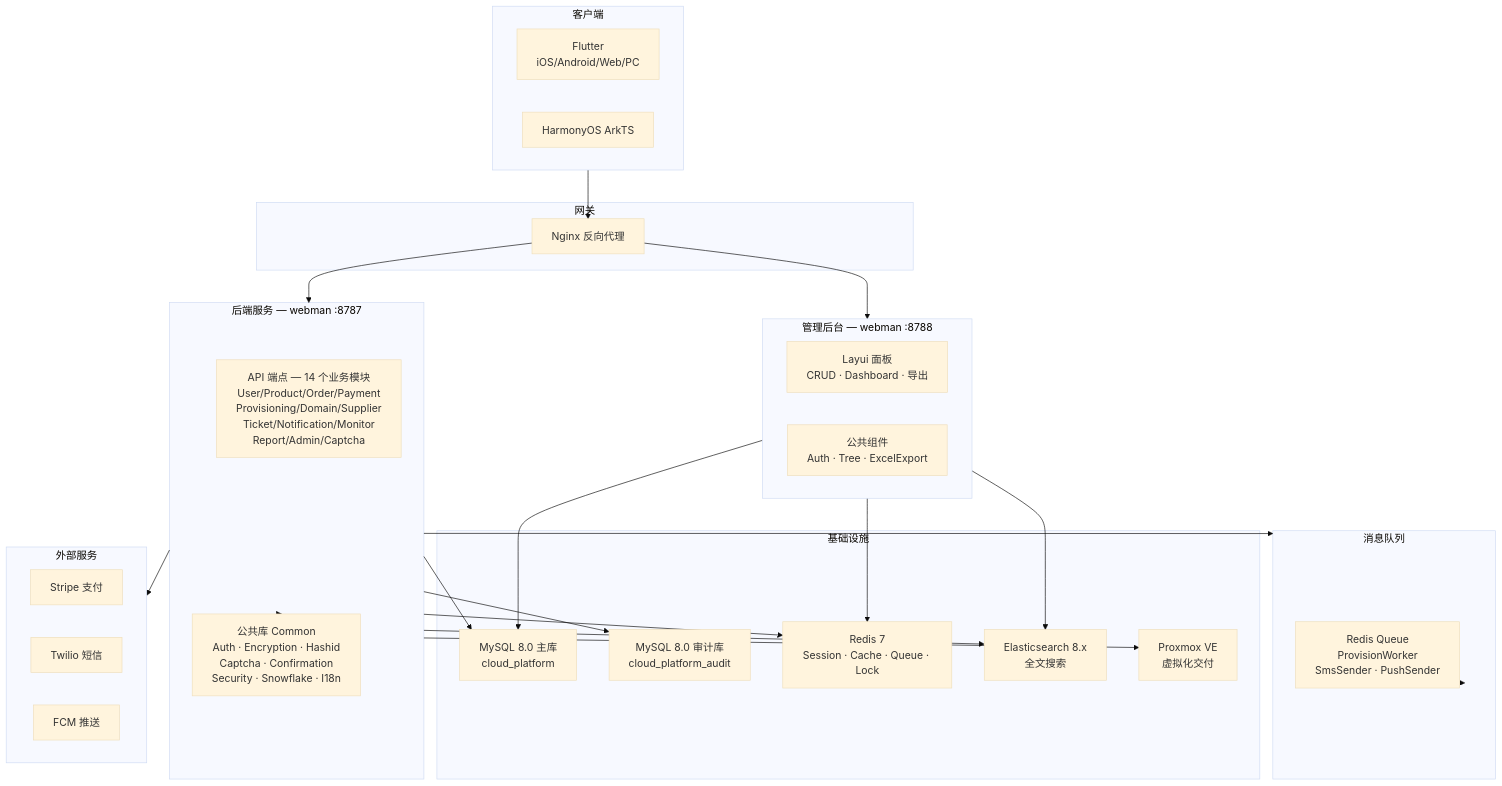
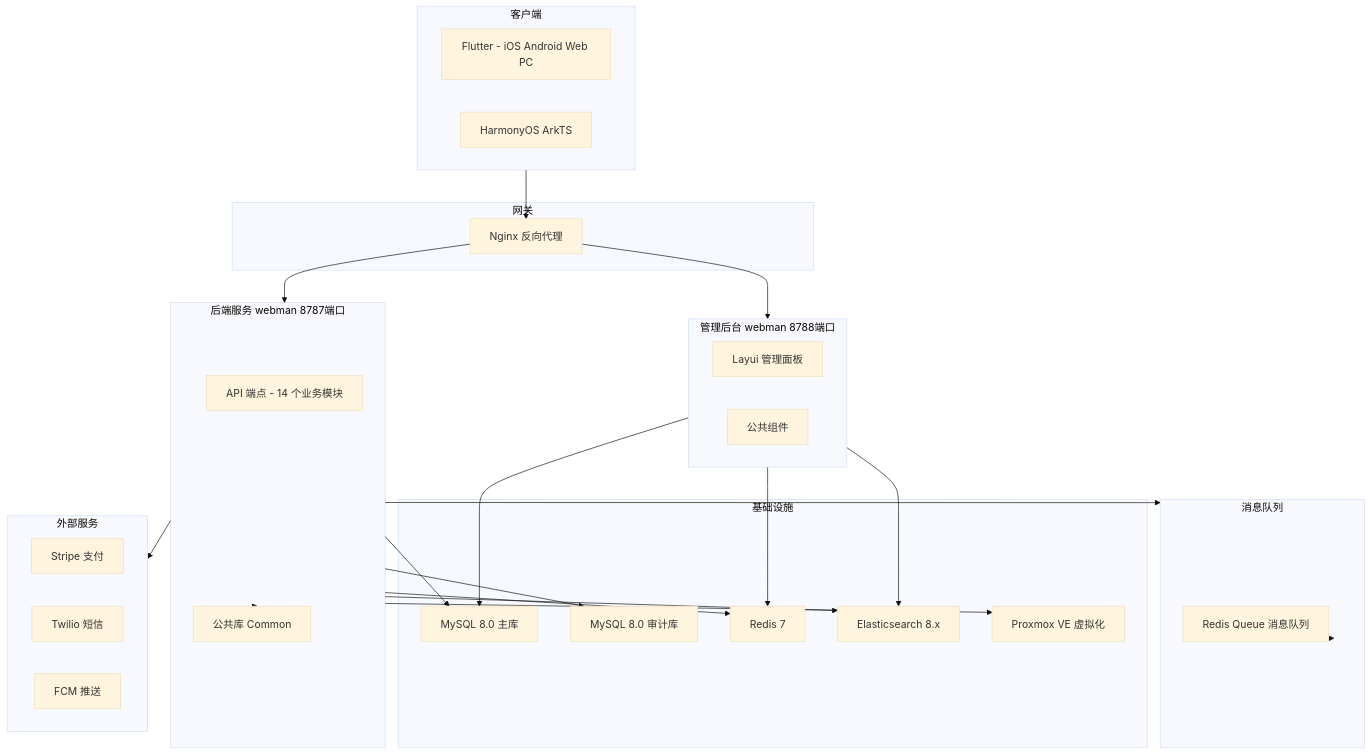
Before and after one commit to erikwang2013/cloud: the first of 2 diagrams in README.md, drawn with Mermaid (base theme). The commit also changed other lines of this file and 2 other files, not shown here.

Commit message:
更新说明

````diff
--- a/README.md
+++ b/README.md
@@ -35,55 +35,55 @@
 ```mermaid
-graph TB
+flowchart TB
     subgraph Clients["客户端"]
-        Flutter["Flutter<br/>iOS/Android/Web/PC"]
+        Flutter["Flutter - iOS Android Web PC"]
         HarmonyOS["HarmonyOS ArkTS"]
     end
 
     subgraph Gateway["网关"]
         Nginx["Nginx 反向代理"]
     end
 
-    subgraph Backend["后端服务 — webman :8787"]
-        API["API 端点 — 14 个业务模块<br/>User/Product/Order/Payment<br/>Provisioning/Domain/Supplier<br/>Ticket/Notification/Monitor<br/>Report/Admin/Captcha"]
-        Common["公共库 Common<br/>Auth · Encryption · Hashid<br/>Captcha · Confirmation<br/>Security · Snowflake · I18n"]
+    subgraph Backend["后端服务 webman 8787端口"]
+        API["API 端点 - 14 个业务模块"]
+        Common["公共库 Common"]
     end
 
-    subgraph AdminPanel["管理后台 — webman :8788"]
-        AdminUI["Layui 面板<br/>CRUD · Dashboard · 导出"]
-        AdminLib["公共组件<br/>Auth · Tree · ExcelExport"]
+    subgraph AdminPanel["管理后台 webman 8788端口"]
+        AdminUI["Layui 管理面板"]
+        AdminLib["公共组件"]
     end
 
     subgraph Queue["消息队列"]
-        RedisQ["Redis Queue<br/>ProvisionWorker<br/>SmsSender · PushSender"]
+        RedisQ["Redis Queue 消息队列"]
     end
 
     subgraph Infrastructure["基础设施"]
-        MySQL["MySQL 8.0 主库<br/>cloud_platform"]
-        MySQLAudit["MySQL 8.0 审计库<br/>cloud_platform_audit"]
-        Redis["Redis 7<br/>Session · Cache · Queue · Lock"]
-        ES["Elasticsearch 8.x<br/>全文搜索"]
-        Proxmox["Proxmox VE<br/>虚拟化交付"]
+        MySQL["MySQL 8.0 主库"]
+        MySQLAudit["MySQL 8.0 审计库"]
+        Redis["Redis 7"]
+        ES["Elasticsearch 8.x"]
+        Proxmox["Proxmox VE 虚拟化"]
     end
 
     subgraph External["外部服务"]
         Stripe["Stripe 支付"]
         Twilio["Twilio 短信"]
         FCM["FCM 推送"]
     end
 
     Clients --> Nginx
     Nginx --> Backend
     Nginx --> AdminPanel
     Backend --> Common
     Backend --> Queue
     Queue --> RedisQ
     Backend --> MySQL
     Backend --> MySQLAudit
     Backend --> Redis
     Backend --> ES
     Backend --> Proxmox
     Backend --> External
     AdminPanel --> MySQL
     AdminPanel --> Redis
     AdminPanel --> ES
 ```
````
